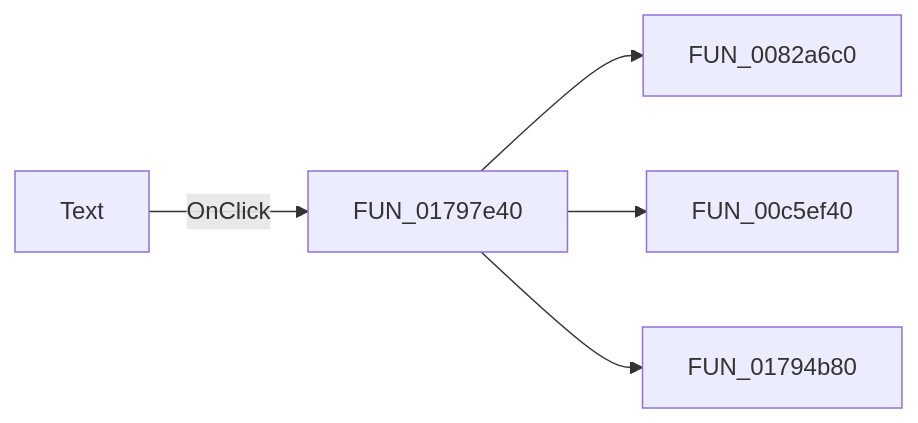
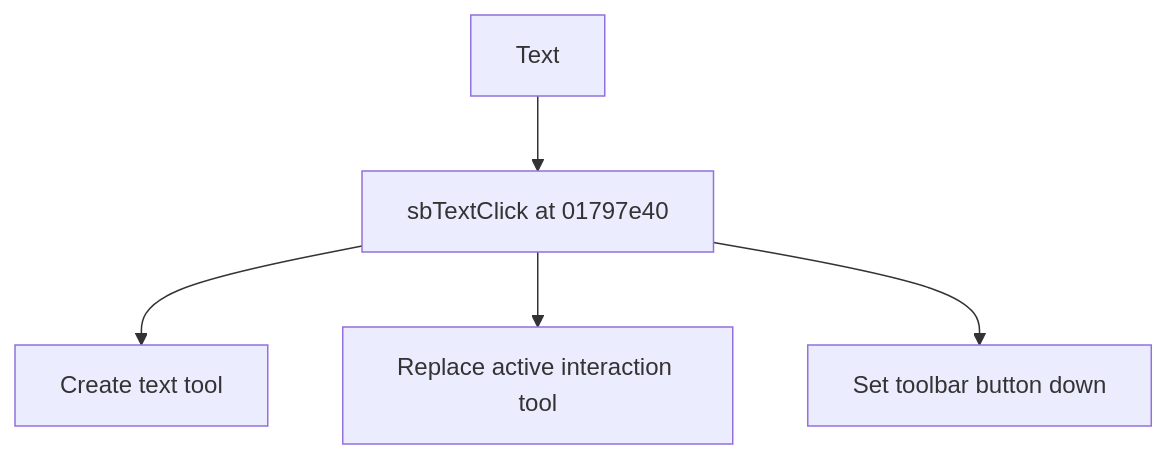
Before and after one commit to MovGP0/TIARA: the diagram in docs/ui-controls/shapeedit/sbtext-753bfa855d.md, drawn with Mermaid. The commit also changed other lines of this file and 1062 other files, not shown here.

````diff
--- a/docs/ui-controls/shapeedit/sbtext-753bfa855d.md
+++ b/docs/ui-controls/shapeedit/sbtext-753bfa855d.md
@@ -27,7 +27,7 @@
 ```mermaid
-flowchart LR
-    control["Text"] -->|OnClick| handler["FUN_01797e40"]
-    handler --> call1["FUN_0082a6c0"]
-    handler --> call2["FUN_00c5ef40"]
-    handler --> call3["FUN_01794b80"]
+flowchart TD
+    control["Text"] --> handler["sbTextClick at 01797e40"]
+    handler --> step1["Create text tool"]
+    handler --> step2["Replace active interaction tool"]
+    handler --> step3["Set toolbar button down"]
 ```
````
